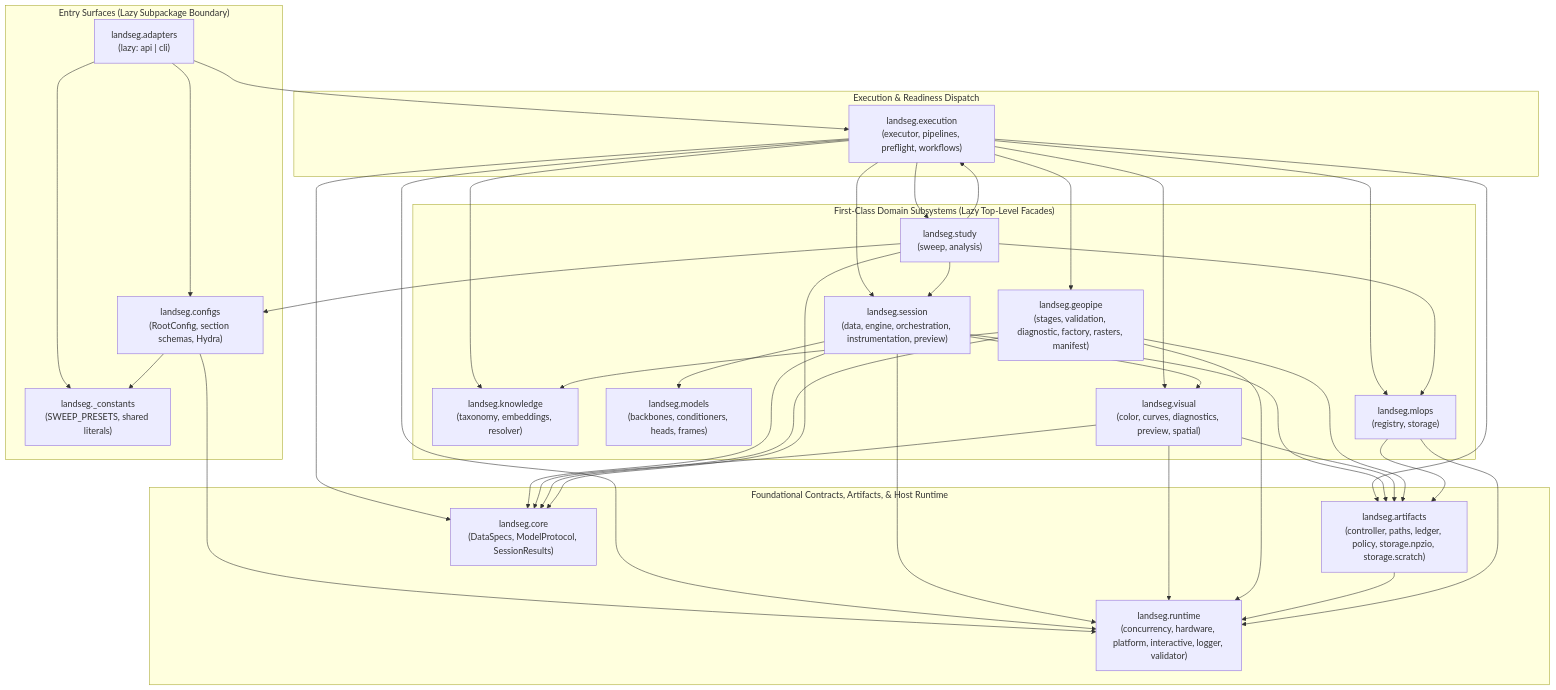
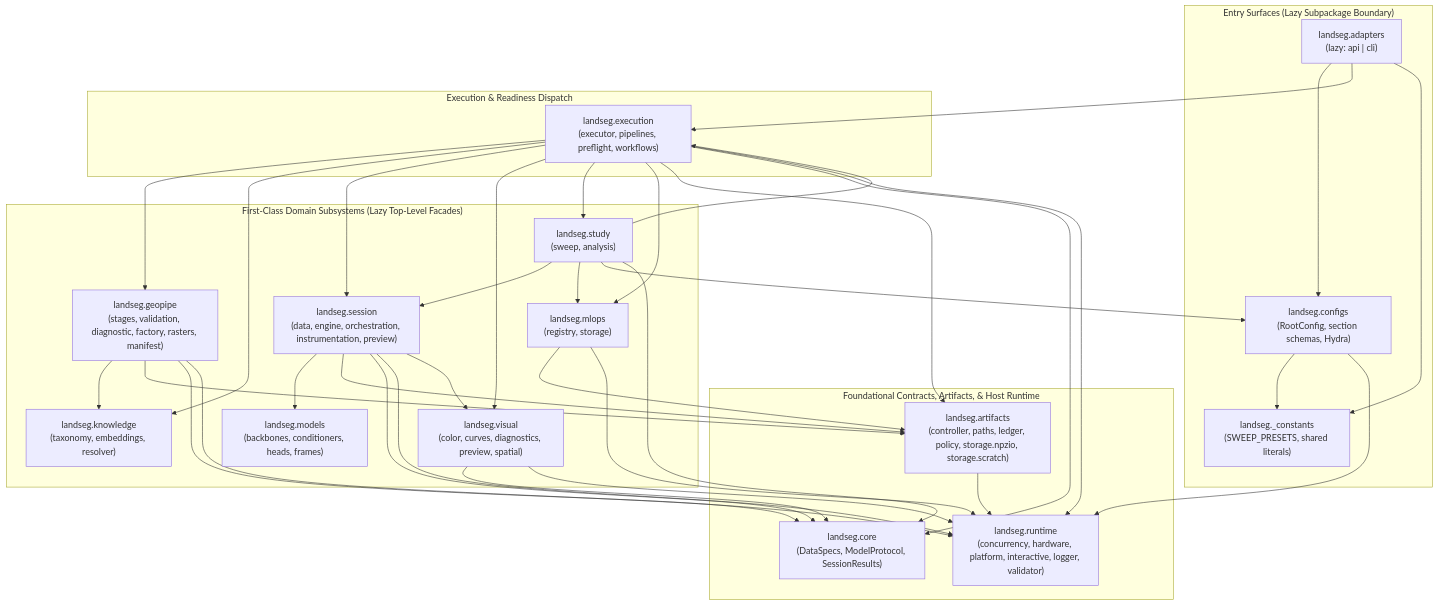
The diagram in docs/ADRs/ADR-0069-first-class-module-boundary-hardening-and-subsystem-streamlining.md (cariboumnr-png/landcover-seg-unet), drawn with Mermaid before and after one commit. The commit also changed 60 other files, not shown here.

````diff
--- a/docs/ADRs/ADR-0069-first-class-module-boundary-hardening-and-subsystem-streamlining.md
+++ b/docs/ADRs/ADR-0069-first-class-module-boundary-hardening-and-subsystem-streamlining.md
@@ -78,38 +78,38 @@
 ```mermaid
 flowchart TD
     subgraph Entry ["Entry Surfaces (Lazy Subpackage Boundary)"]
         ADP["landseg.adapters<br>(lazy: api | cli)"]
         CFG["landseg.configs<br>(RootConfig, section schemas, Hydra)"]
         CST["landseg._constants<br>(SWEEP_PRESETS, shared literals)"]
     end
 
     subgraph Orchestration ["Execution & Readiness Dispatch"]
         EXE["landseg.execution<br>(executor, pipelines, preflight, workflows)"]
     end
 
     subgraph Domain ["First-Class Domain Subsystems (Lazy Top-Level Facades)"]
         GEO["landseg.geopipe<br>(stages, validation, diagnostic, factory, rasters, manifest)"]
         KNW["landseg.knowledge<br>(taxonomy, embeddings, resolver)"]
         MOD["landseg.models<br>(backbones, conditioners, heads, frames)"]
         SES["landseg.session<br>(data, engine, orchestration, instrumentation, preview)"]
         STD["landseg.study<br>(sweep, analysis)"]
         VIS["landseg.visual<br>(color, curves, diagnostics, preview, spatial)"]
         MLO["landseg.mlops<br>(registry, storage)"]
     end
 
     subgraph Substrate ["Foundational Contracts, Artifacts, & Host Runtime"]
         ART["landseg.artifacts<br>(controller, paths, ledger, policy, storage.npzio, storage.scratch)"]
         CORE["landseg.core<br>(DataSpecs, ModelProtocol, SessionResults)"]
         RUN["landseg.runtime<br>(concurrency, hardware, platform, interactive, logger, validator)"]
     end
 
     ADP --> CFG & EXE & CST
     CFG --> CST & RUN
     EXE --> GEO & KNW & SES & VIS & STD & MLO & ART & CORE & RUN
     SES --> MOD & ART & CORE & RUN & VIS
-    VIS --> CORE & RUN & ART
+    VIS --> CORE & RUN
     GEO --> KNW & ART & CORE & RUN
     STD --> EXE & SES & MLO & CFG & CORE
     ART --> RUN
     MLO --> ART & RUN
 ```
````
